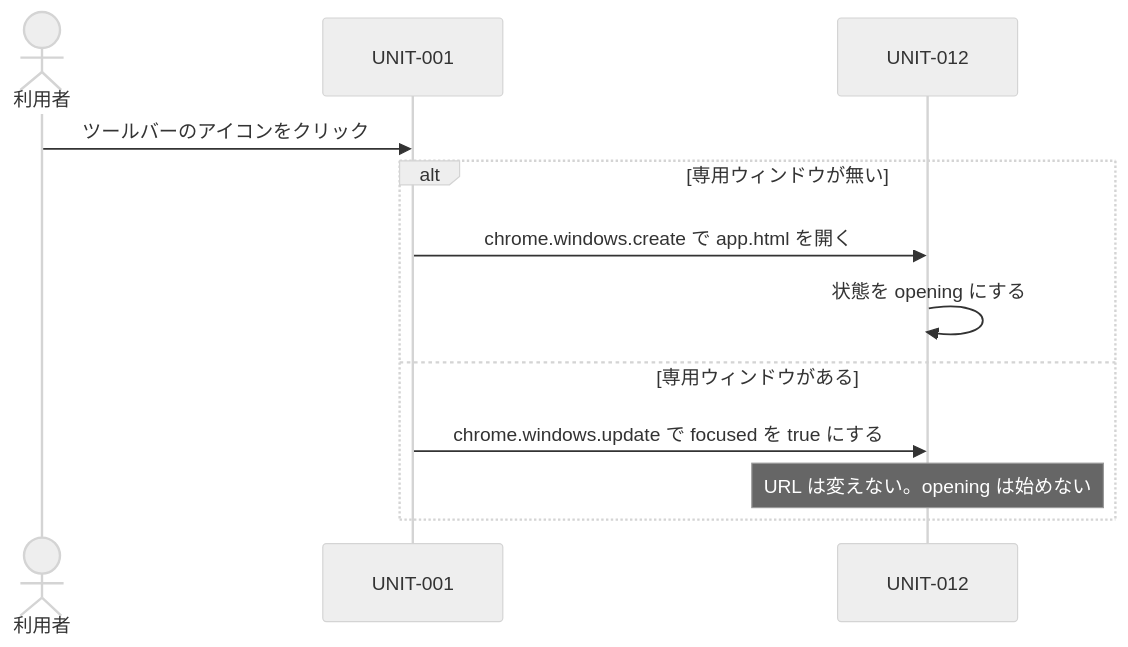
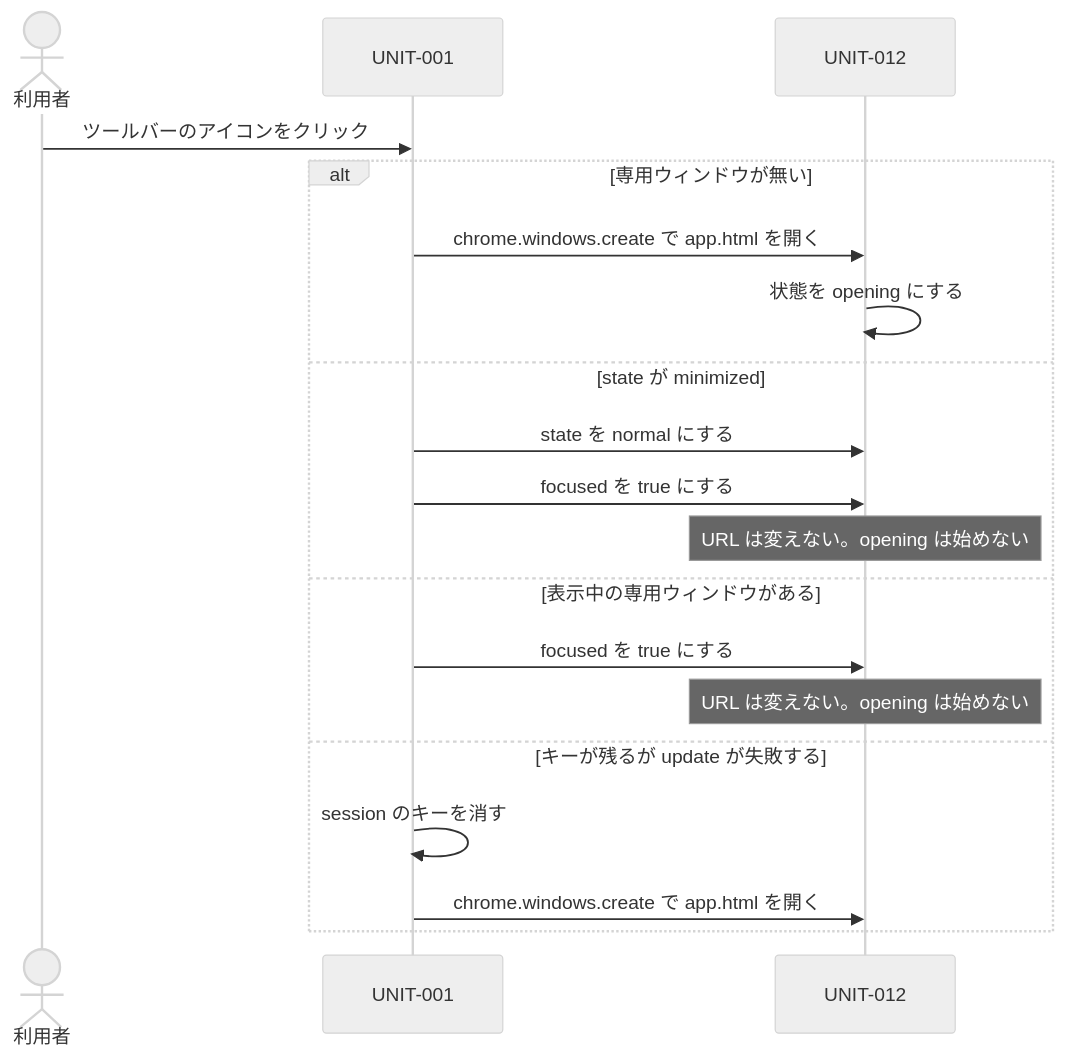
One commit to yamaPiT/ColorBeaconTimer changed the fourth of 5 diagrams in docs/artifacts/SW205_ソフトウェアアーキテクチャ設計書.md. Above: the diagram before and after it, drawn with Mermaid (neutral theme). The commit also changed other lines of this file and 2 other files, not shown here.

````diff
--- a/docs/artifacts/SW205_ソフトウェアアーキテクチャ設計書.md
+++ b/docs/artifacts/SW205_ソフトウェアアーキテクチャ設計書.md
@@ -290,14 +290,21 @@
 ```mermaid
 sequenceDiagram
   actor User as 利用者
   participant SW as UNIT-001
   participant Page as UNIT-012
   User->>SW: ツールバーのアイコンをクリック
   alt 専用ウィンドウが無い
     SW->>Page: chrome.windows.create で app.html を開く
     Page->>Page: 状態を opening にする
-  else 専用ウィンドウがある
-    SW->>Page: chrome.windows.update で focused を true にする
+  else state が minimized
+    SW->>Page: state を normal にする
+    SW->>Page: focused を true にする
     Note over Page: URL は変えない。opening は始めない
+  else 表示中の専用ウィンドウがある
+    SW->>Page: focused を true にする
+    Note over Page: URL は変えない。opening は始めない
+  else キーが残るが update が失敗する
+    SW->>SW: session のキーを消す
+    SW->>Page: chrome.windows.create で app.html を開く
   end
 ```
````
